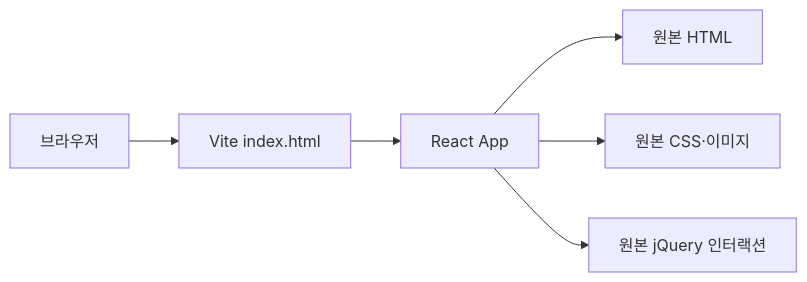
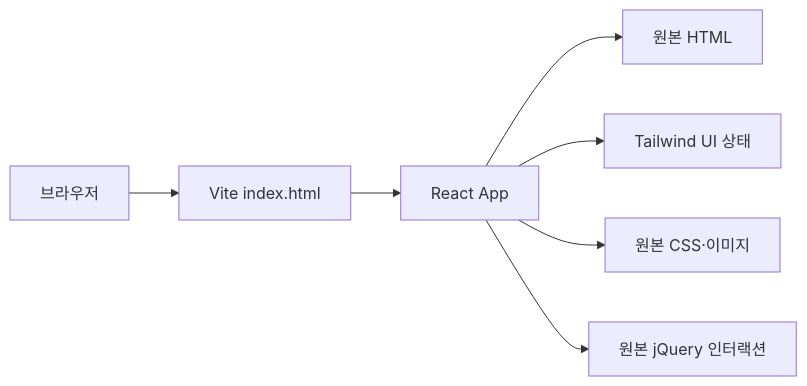
The diagram in docs/ARCHITECTURE.md (bonjin-app/portfolio.2015), drawn with Mermaid before and after one commit. The commit also changed other lines of this file and 13 other files, not shown here.

````diff
--- a/docs/ARCHITECTURE.md
+++ b/docs/ARCHITECTURE.md
@@ -17,8 +18,9 @@
 ```mermaid
 flowchart LR
   Browser["브라우저"] --> Vite["Vite index.html"]
   Vite --> React["React App"]
   React --> Markup["원본 HTML"]
+  React --> Tailwind["Tailwind UI 상태"]
   React --> Assets["원본 CSS·이미지"]
   React --> Scripts["원본 jQuery 인터랙션"]
 ```
````
